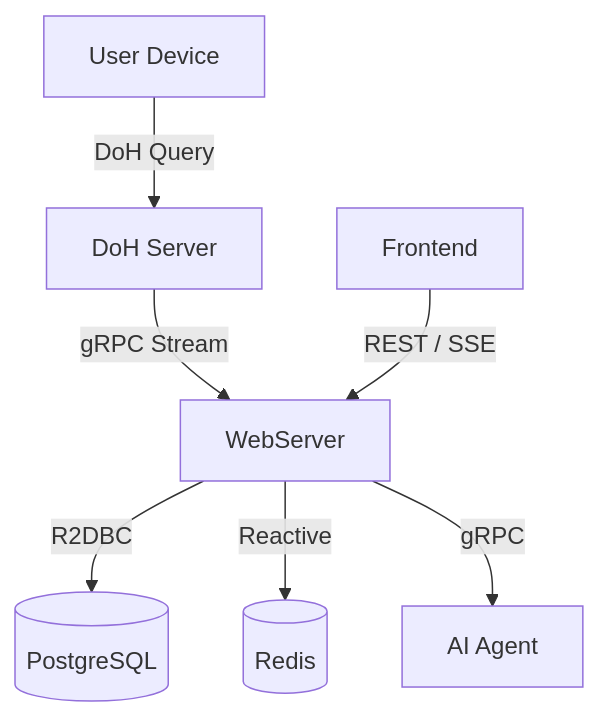
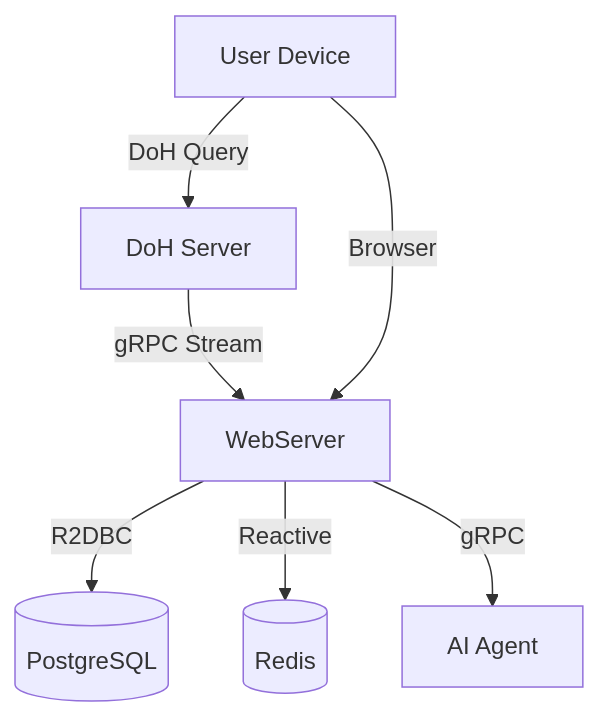
Before and after one commit to GoInWater301/Detox-Agent: the diagram in README.md, drawn with Mermaid. The commit also changed other lines of this file and 26 other files, not shown here.

````diff
--- a/README.md
+++ b/README.md
@@ -42,9 +41,9 @@
 ```mermaid
 graph TD
     U[User Device] -->|DoH Query| D[DoH Server]
     D -->|gRPC Stream| W[WebServer]
     W -->|R2DBC| P[(PostgreSQL)]
     W -->|Reactive| R[(Redis)]
-    F[Frontend] -->|REST / SSE| W
     W -->|gRPC| A[AI Agent]
+    U -->|Browser| W
 ```
````
